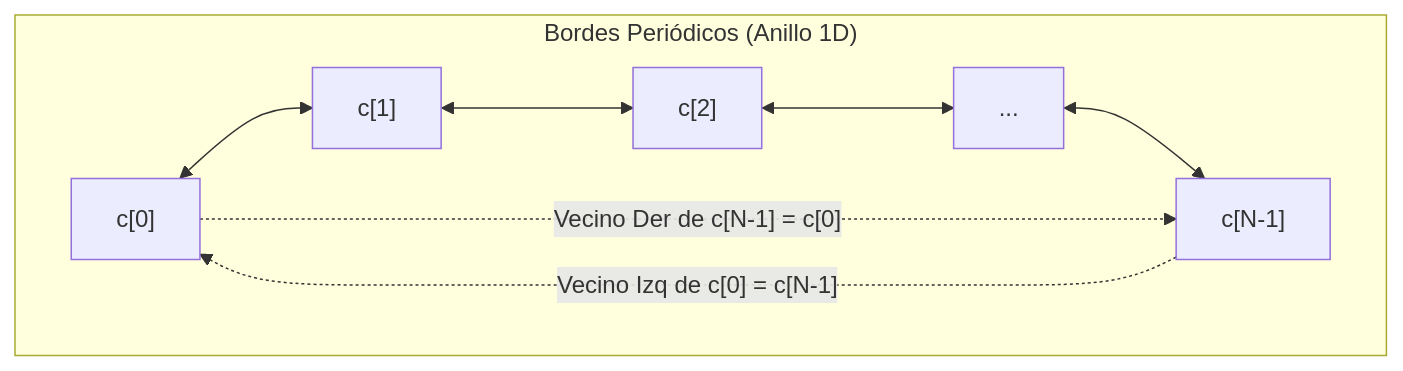
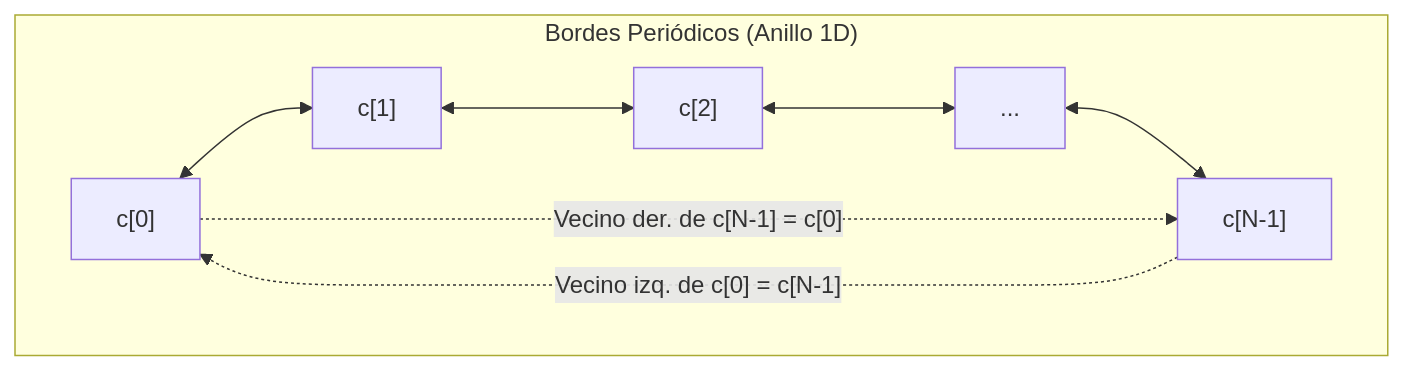
One commit to martin1000000000/Trabajo-paradigmas changed the first of 2 diagrams in README.md. Above: the diagram before and after it, drawn with Mermaid. The commit also changed other lines of this file, not shown here.

````diff
--- a/README.md
+++ b/README.md
@@ -69,12 +65,12 @@
 ```mermaid
 flowchart LR
     subgraph PeriodicBoundary ["Bordes Periódicos (Anillo 1D)"]
         direction LR
         C0["c[0]"] <--> C1["c[1]"]
         C1 <--> C2["c[2]"]
         C2 <--> Dots["..."]
         Dots <--> CN["c[N-1]"]
-        CN -. "Vecino Izq de c[0] = c[N-1]" .-> C0
-        C0 -. "Vecino Der de c[N-1] = c[0]" .-> CN
+        CN -. "Vecino izq. de c[0] = c[N-1]" .-> C0
+        C0 -. "Vecino der. de c[N-1] = c[0]" .-> CN
     end
 ```
````
